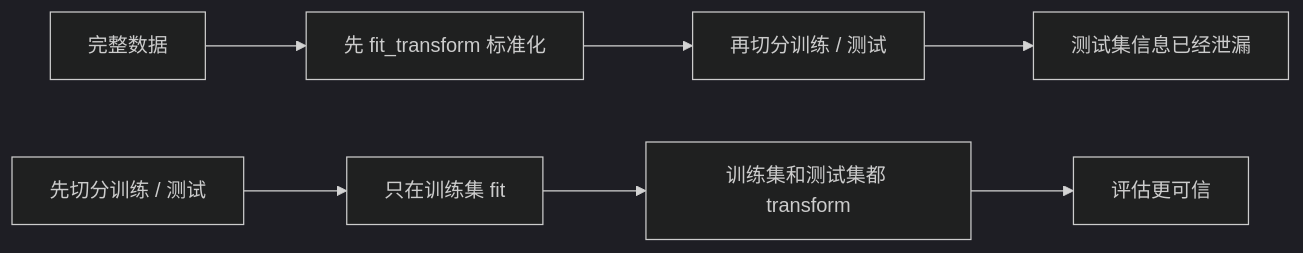
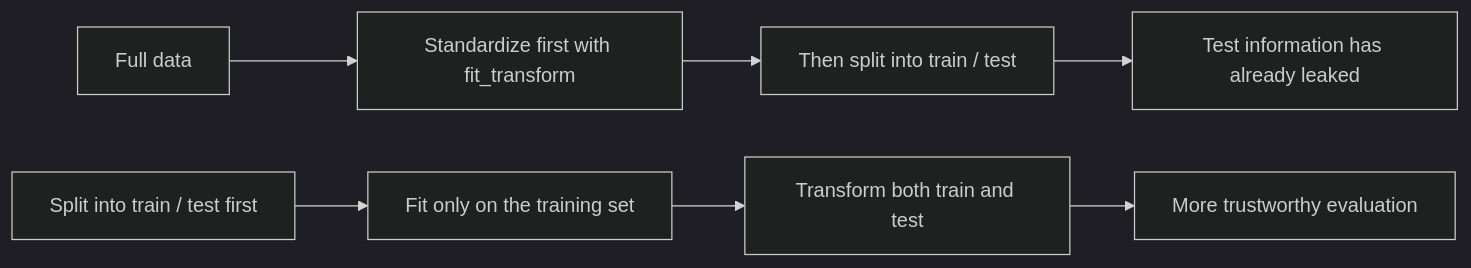
The fourth of 4 diagrams in docs/ch05-machine-learning/ch01-ml-basics/02-sklearn-intro.md (oudbiao/AI-fullstack-course), drawn with Mermaid (dark theme) before and after one commit. The commit also changed other lines of this file and 1406 other files, not shown here.

````diff
--- a/docs/ch05-machine-learning/ch01-ml-basics/02-sklearn-intro.md
+++ b/docs/ch05-machine-learning/ch01-ml-basics/02-sklearn-intro.md
@@ -727,10 +727,10 @@
 ```mermaid
 flowchart LR
-    A["完整数据"] --> B["先 fit_transform 标准化"]
-    B --> C["再切分训练 / 测试"]
-    C --> D["测试集信息已经泄漏"]
+    A["Full data"] --> B["Standardize first with fit_transform"]
+    B --> C["Then split into train / test"]
+    C --> D["Test information has already leaked"]
 
-    E["先切分训练 / 测试"] --> F["只在训练集 fit"]
-    F --> G["训练集和测试集都 transform"]
-    G --> H["评估更可信"]
+    E["Split into train / test first"] --> F["Fit only on the training set"]
+    F --> G["Transform both train and test"]
+    G --> H["More trustworthy evaluation"]
 ```
````
